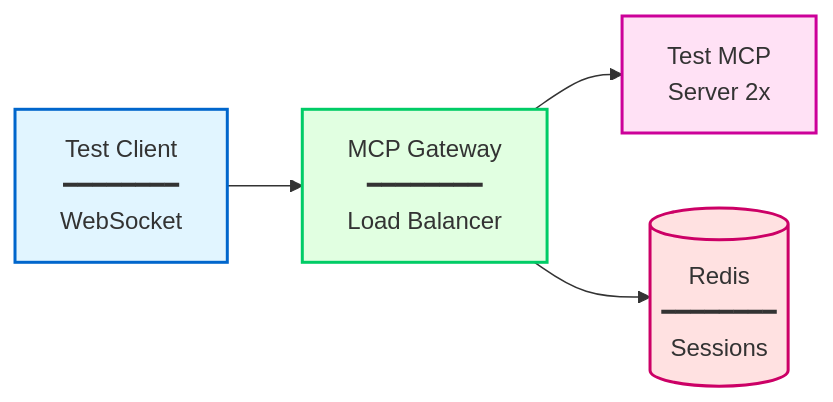
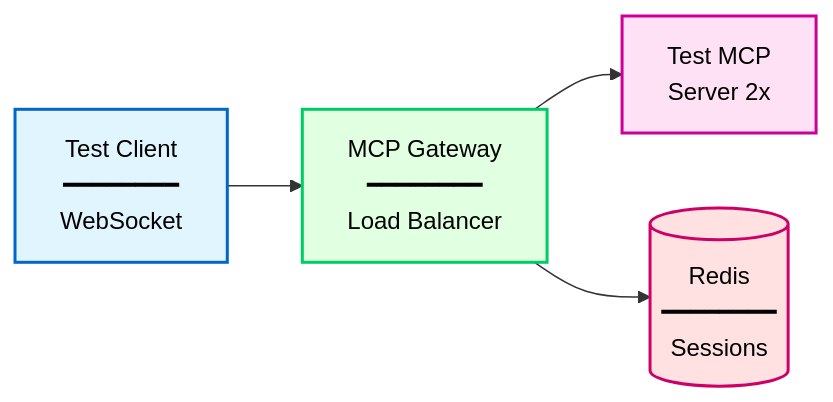
The diagram in test/e2e/k8s/README.md (actual-software/mcp-bridge), drawn with Mermaid before and after one commit. The commit also changed 10 other files, not shown here.

First line of the commit message:
fix: Improve Mermaid diagram text contrast with explicit black color

````diff
--- a/test/e2e/k8s/README.md
+++ b/test/e2e/k8s/README.md
@@ -18,16 +18,16 @@
 ```mermaid
 graph LR
     Client[Test Client<br/>━━━━━━━━<br/>WebSocket]
     Gateway[MCP Gateway<br/>━━━━━━━━<br/>Load Balancer]
     Servers[Test MCP<br/>Server 2x]
     Redis[(Redis<br/>━━━━━━━━<br/>Sessions)]
 
     Client --> Gateway
     Gateway --> Servers
     Gateway --> Redis
 
-    style Client fill:#e1f5ff,stroke:#0066cc,stroke-width:2px
-    style Gateway fill:#e1ffe1,stroke:#00cc66,stroke-width:2px
-    style Servers fill:#ffe1f5,stroke:#cc0099,stroke-width:2px
-    style Redis fill:#ffe1e1,stroke:#cc0066,stroke-width:2px
+    style Client fill:#e1f5ff,stroke:#0066cc,stroke-width:2px,color:#000
+    style Gateway fill:#e1ffe1,stroke:#00cc66,stroke-width:2px,color:#000
+    style Servers fill:#ffe1f5,stroke:#cc0099,stroke-width:2px,color:#000
+    style Redis fill:#ffe1e1,stroke:#cc0066,stroke-width:2px,color:#000
 ```
````
